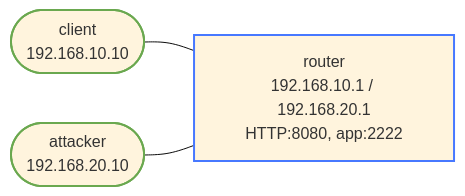
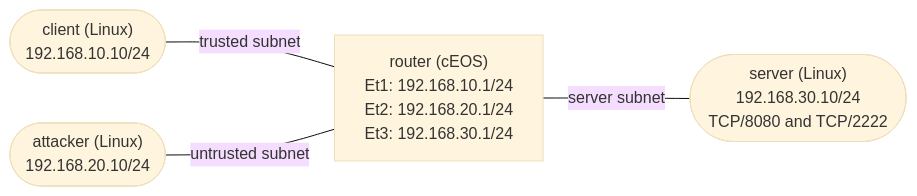
Before and after one commit to jschless/networkingLabs: the diagram in labs/acl-basics/README.md, drawn with Mermaid (base theme). The commit also changed other lines of this file and 198 other files, not shown here.

````diff
--- a/labs/acl-basics/README.md
+++ b/labs/acl-basics/README.md
@@ -15,14 +13,11 @@
 ```mermaid
 flowchart LR
-    client(["client<br/>192.168.10.10"])
-    attacker(["attacker<br/>192.168.20.10"])
-    router["router<br/>192.168.10.1 / 192.168.20.1<br/>HTTP:8080, app:2222"]
+    client(["client (Linux)<br/>192.168.10.10/24"])
+    attacker(["attacker (Linux)<br/>192.168.20.10/24"])
+    router["router (cEOS)<br/>Et1: 192.168.10.1/24<br/>Et2: 192.168.20.1/24<br/>Et3: 192.168.30.1/24"]
+    server(["server (Linux)<br/>192.168.30.10/24<br/>TCP/8080 and TCP/2222"])
 
-    client --- router
-    attacker --- router
-
-    classDef router stroke:#4778ff,stroke-width:2px
-    classDef host stroke:#6aa84f,stroke-width:2px
-    class router router
-    class client,attacker host
+    client ---|"trusted subnet"| router
+    attacker ---|"untrusted subnet"| router
+    router ---|"server subnet"| server
 ```
````
